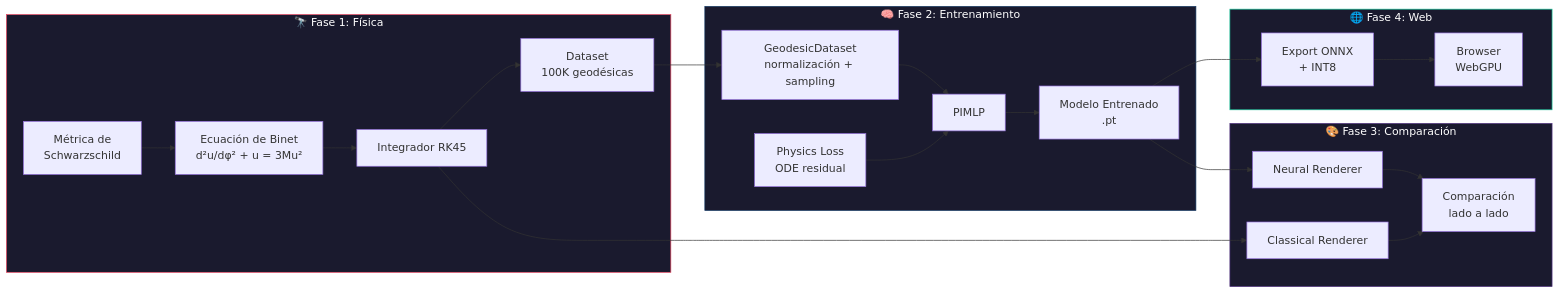
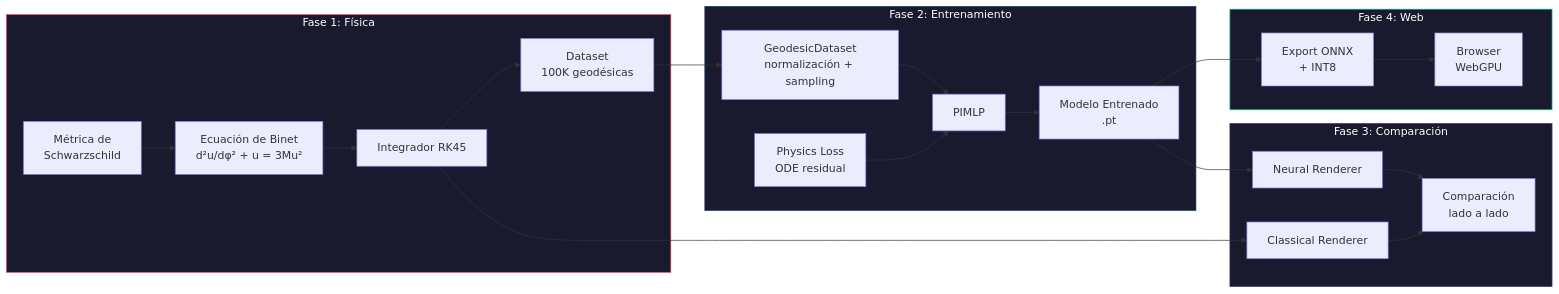
Before and after one commit to mmmaxii/neural-geodesics: the first of 7 diagrams in docs/arquitectura.md, drawn with Mermaid. The commit also changed other lines of this file and 1 other file, not shown here.

````diff
--- a/docs/arquitectura.md
+++ b/docs/arquitectura.md
@@ -5,32 +5,32 @@
 ```mermaid
 graph LR
-    subgraph FASE1["🔭 Fase 1: Física"]
+    subgraph FASE1["Fase 1: Física"]
         A["Métrica de<br/>Schwarzschild"] --> B["Ecuación de Binet<br/>d²u/dφ² + u = 3Mu²"]
         B --> C["Integrador RK45"]
         C --> D["Dataset<br/>100K geodésicas"]
     end
 
-    subgraph FASE2["🧠 Fase 2: Entrenamiento"]
+    subgraph FASE2["Fase 2: Entrenamiento"]
         D --> E["GeodesicDataset<br/>normalización + sampling"]
         E --> F["PIMLP"]
         G["Physics Loss<br/>ODE residual"] --> F
         F --> H["Modelo Entrenado<br/>.pt"]
     end
 
-    subgraph FASE3["🎨 Fase 3: Comparación"]
+    subgraph FASE3["Fase 3: Comparación"]
         H --> I["Neural Renderer"]
         C --> J["Classical Renderer"]
         I --> K["Comparación<br/>lado a lado"]
         J --> K
     end
 
-    subgraph FASE4["🌐 Fase 4: Web"]
+    subgraph FASE4["Fase 4: Web"]
         H --> L["Export ONNX<br/>+ INT8"]
         L --> M["Browser<br/>WebGPU"]
     end
 
     style FASE1 fill:#1a1a2e,stroke:#e94560,color:#fff
     style FASE2 fill:#1a1a2e,stroke:#0f3460,color:#fff
     style FASE3 fill:#1a1a2e,stroke:#533483,color:#fff
     style FASE4 fill:#1a1a2e,stroke:#16c79a,color:#fff
 ```
````
